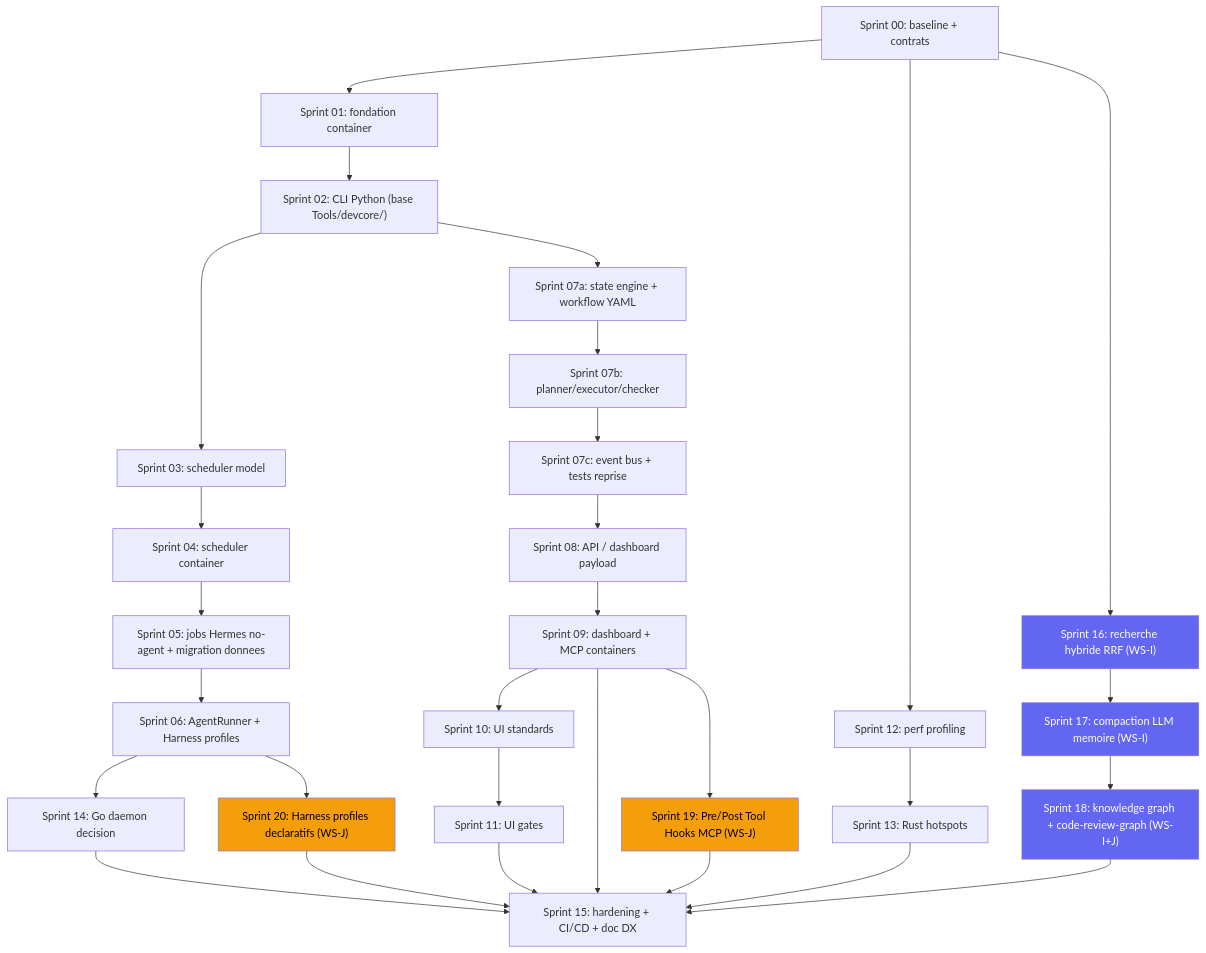
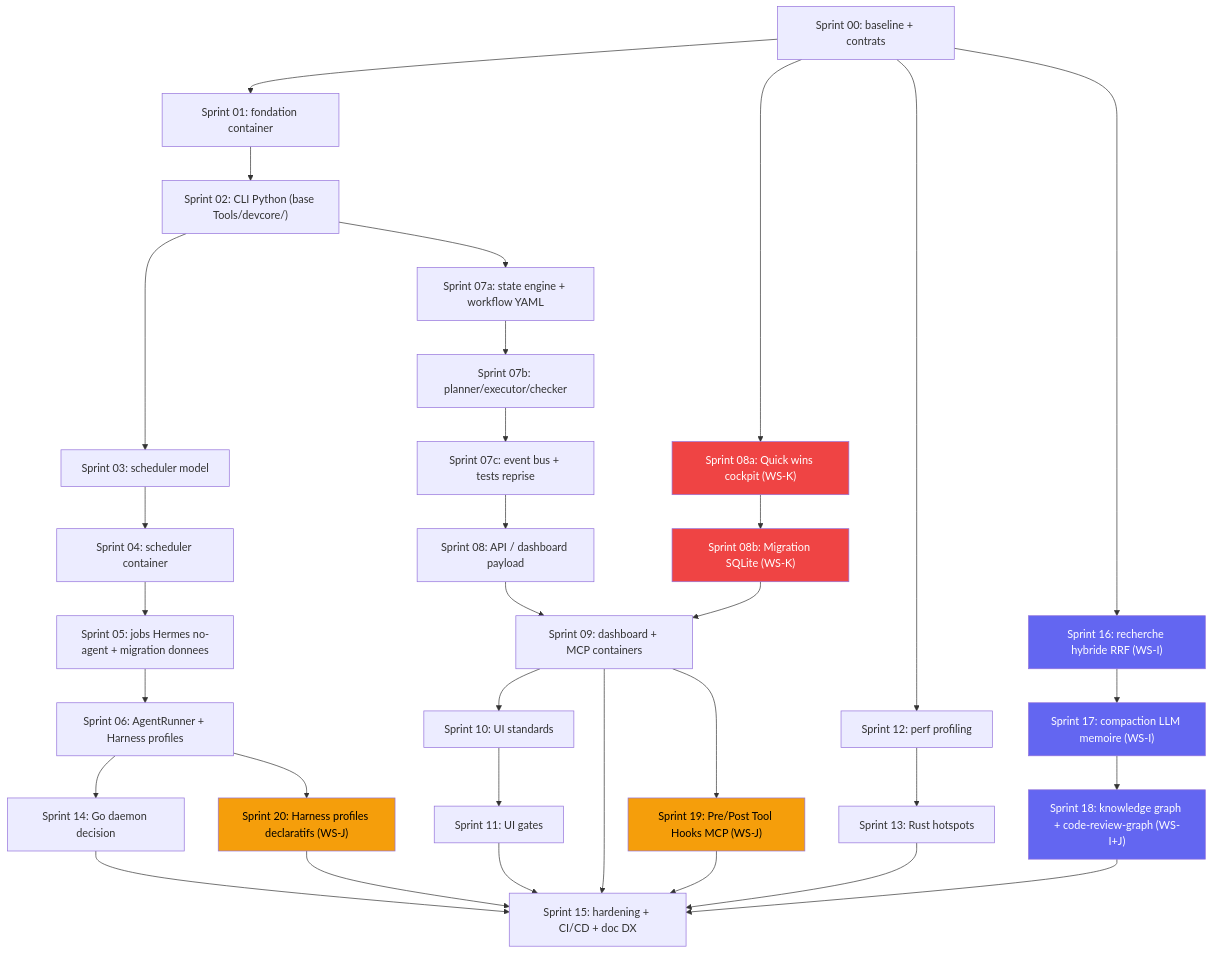
The diagram in docs/DEV_CORE_v10_UNIFIED_IMPLEMENTATION_ROADMAP.md (trabelssi38/devcore), drawn with Mermaid before and after one commit. The commit also changed other lines of this file, not shown here.

Commit message:
docs(roadmap): add WS-K Data Architecture workstream with Sprint 08a quick wins and Sprint 08b SQLite migration

````diff
--- a/docs/DEV_CORE_v10_UNIFIED_IMPLEMENTATION_ROADMAP.md
+++ b/docs/DEV_CORE_v10_UNIFIED_IMPLEMENTATION_ROADMAP.md
@@ -852,36 +1031,41 @@
 ```mermaid
 flowchart TD
     A["Sprint 00: baseline + contrats"] --> B["Sprint 01: fondation container"]
     B --> C["Sprint 02: CLI Python (base Tools/devcore/)"]
     C --> D["Sprint 03: scheduler model"]
     D --> E["Sprint 04: scheduler container"]
     E --> F["Sprint 05: jobs Hermes no-agent + migration donnees"]
     F --> G["Sprint 06: AgentRunner + Harness profiles"]
     C --> H1["Sprint 07a: state engine + workflow YAML"]
     H1 --> H2["Sprint 07b: planner/executor/checker"]
     H2 --> H3["Sprint 07c: event bus + tests reprise"]
     H3 --> I["Sprint 08: API / dashboard payload"]
-    I --> J["Sprint 09: dashboard + MCP containers"]
+    A --> QW["Sprint 08a: Quick wins cockpit (WS-K)"]
+    QW --> DB["Sprint 08b: Migration SQLite (WS-K)"]
+    DB --> J["Sprint 09: dashboard + MCP containers"]
+    I --> J
     J --> K["Sprint 10: UI standards"]
     K --> L["Sprint 11: UI gates"]
     A --> M["Sprint 12: perf profiling"]
     M --> N["Sprint 13: Rust hotspots"]
     G --> O["Sprint 14: Go daemon decision"]
     J --> P["Sprint 15: hardening + CI/CD + doc DX"]
     L --> P
     N --> P
     O --> P
     A --> Q["Sprint 16: recherche hybride RRF (WS-I)"]
     Q --> R["Sprint 17: compaction LLM memoire (WS-I)"]
     R --> S["Sprint 18: knowledge graph + code-review-graph (WS-I+J)"]
     S --> P
     J --> T["Sprint 19: Pre/Post Tool Hooks MCP (WS-J)"]
     T --> P
     G --> U["Sprint 20: Harness profiles declaratifs (WS-J)"]
     U --> P
+    style QW fill:#ef4444,color:#fff
+    style DB fill:#ef4444,color:#fff
     style Q fill:#6366f1,color:#fff
     style R fill:#6366f1,color:#fff
     style S fill:#6366f1,color:#fff
     style T fill:#f59e0b,color:#000
     style U fill:#f59e0b,color:#000
 ```
````
